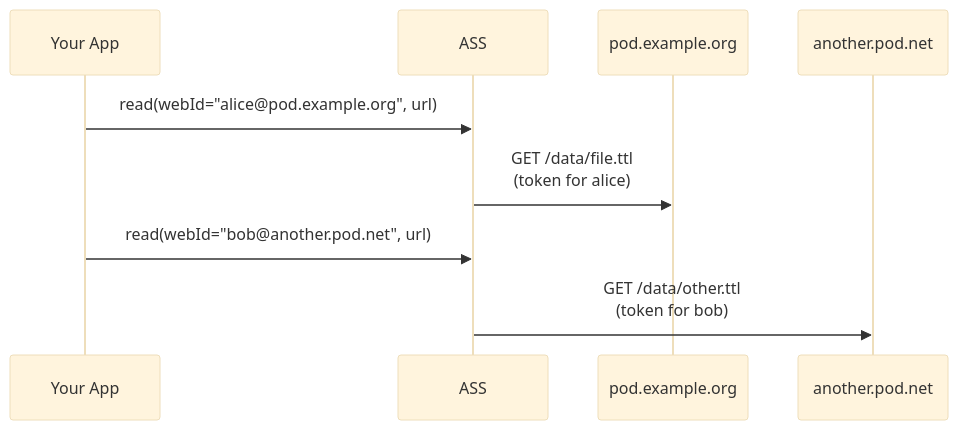
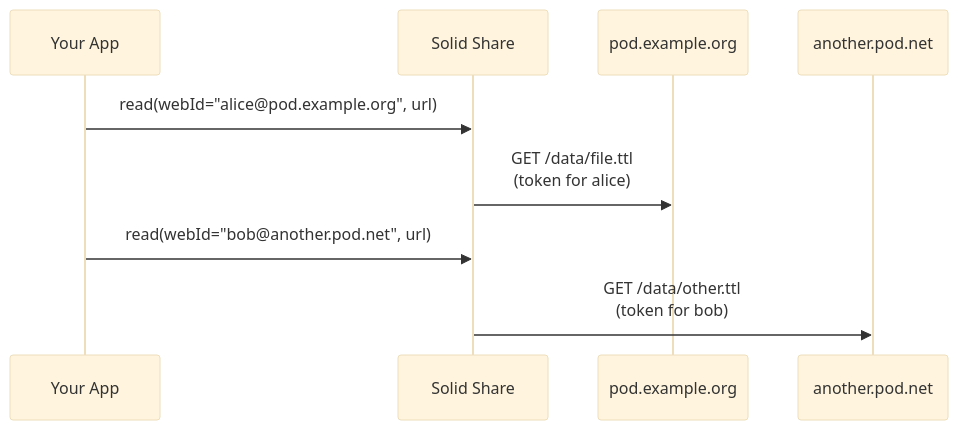
Before and after one commit to erfangholami/Android-Solid-Services: the fourth of 7 diagrams in docs/start/how-it-works.md, drawn with Mermaid (base theme). The commit also changed other lines of this file and 29 other files, not shown here.

Commit message:
Rewrite the documentation for Solid Share as the host, and document app access and hosting

````diff
--- a/docs/start/how-it-works.md
+++ b/docs/start/how-it-works.md
@@ -126,13 +126,13 @@
 ```mermaid
 sequenceDiagram
     participant App as Your App
-    participant ASS
+    participant ASS as Solid Share
     participant Pod1 as pod.example.org
     participant Pod2 as another.pod.net
 
     App->>ASS: read(webId="alice@pod.example.org", url)
     ASS->>Pod1: GET /data/file.ttl<br/>(token for alice)
 
     App->>ASS: read(webId="bob@another.pod.net", url)
     ASS->>Pod2: GET /data/other.ttl<br/>(token for bob)
 ```
````
